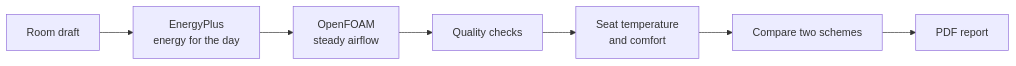
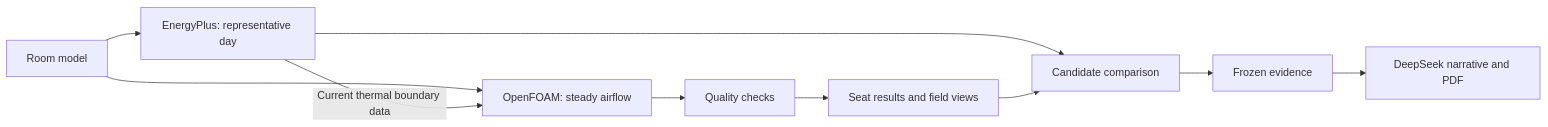
One commit to krabbypatty1031-blip/SimuNow changed the diagram in README.md. Above: the diagram before and after it, drawn with Mermaid. The commit also changed other lines of this file and 2 other files, not shown here.

````diff
--- a/README.md
+++ b/README.md
@@ -46,9 +100,12 @@
 ```mermaid
 flowchart LR
-  A[Room draft] --> B[EnergyPlus<br>energy for the day]
-  B --> C[OpenFOAM<br>steady airflow]
-  C --> D[Quality checks]
-  D --> E[Seat temperature<br>and comfort]
-  E --> F[Compare two schemes]
-  F --> G[PDF report]
+  Room[Room model] --> L1[EnergyPlus: representative day]
+  Room --> L2[OpenFOAM: steady airflow]
+  L1 -->|Current thermal boundary data| L2
+  L2 --> Quality[Quality checks]
+  Quality --> Seats[Seat results and field views]
+  L1 --> Compare[Candidate comparison]
+  Seats --> Compare
+  Compare --> Evidence[Frozen evidence]
+  Evidence --> PDF[DeepSeek narrative and PDF]
 ```
````
